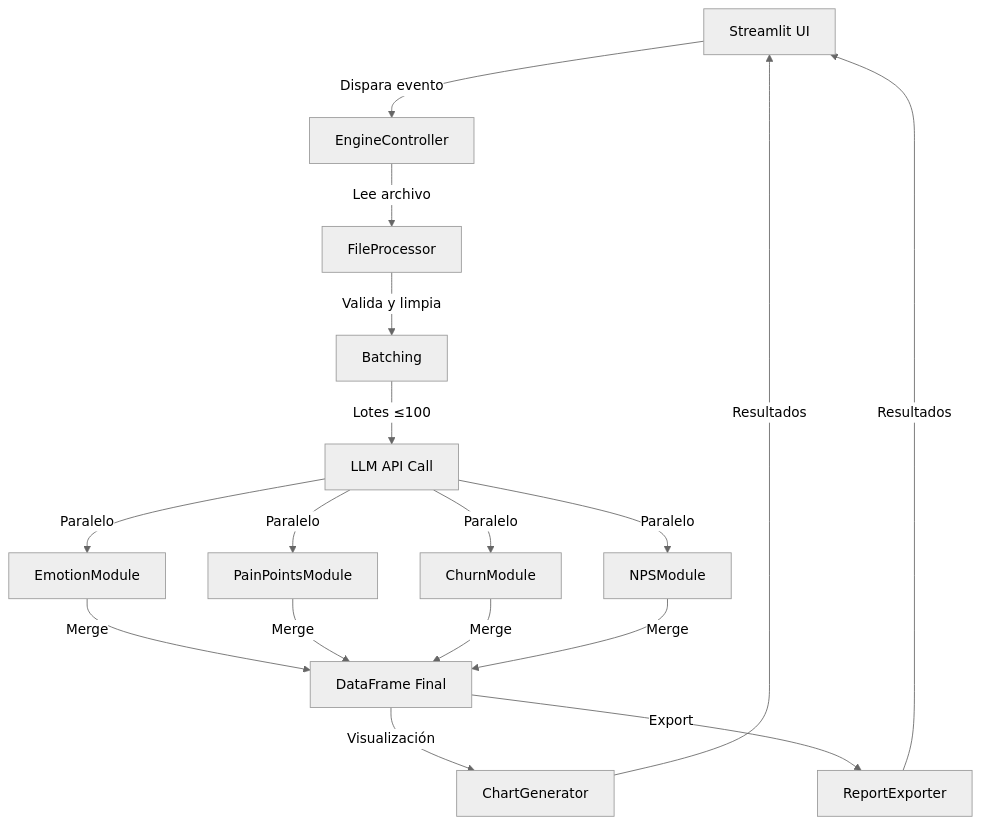
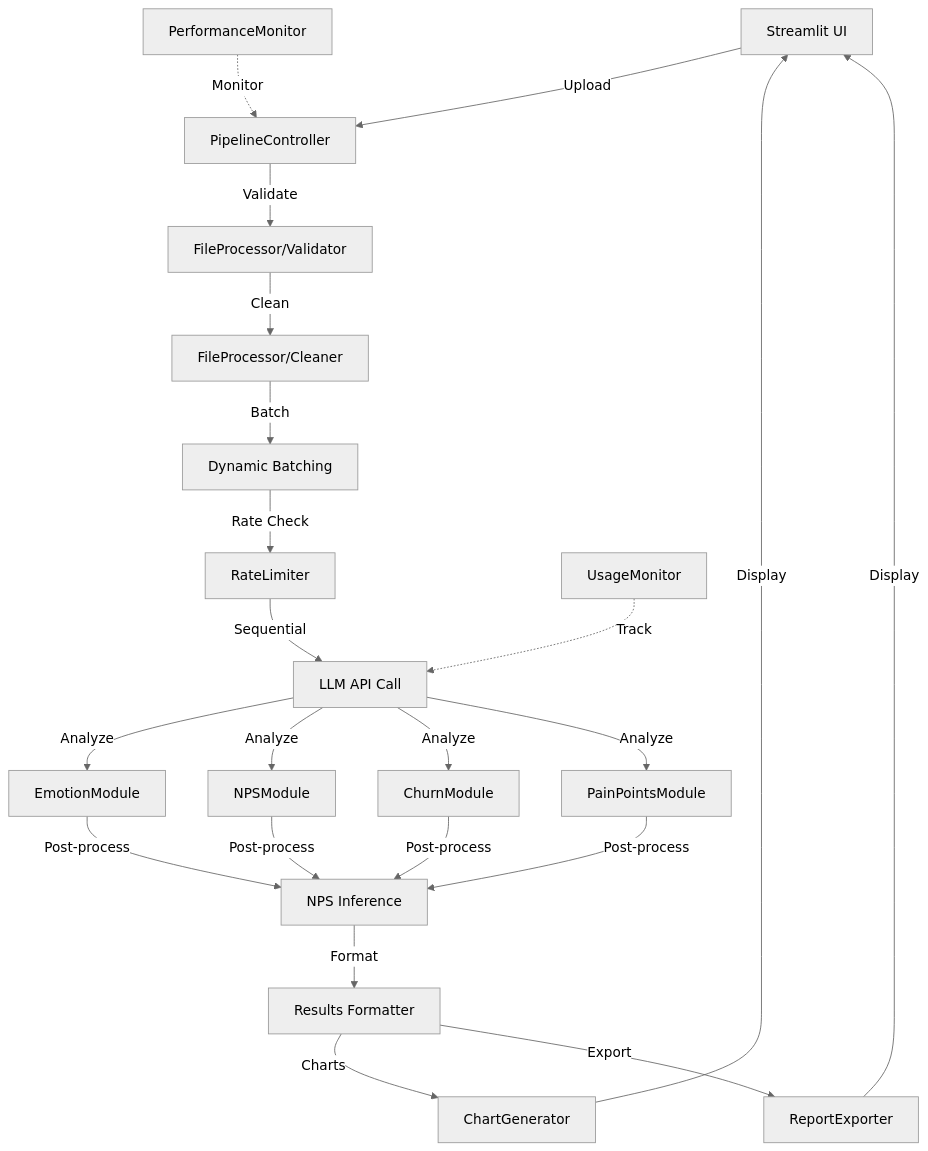
Before and after one commit to Ai-Whisperers/personal-analisis-ia: the diagram in docs/ES/01_Arquitectura.md, drawn with Mermaid (neutral theme). The commit also changed other lines of this file and 6 other files, not shown here.

First line of the commit message:
feat: Implement 3-page architecture with dedicated results page

````diff
--- a/docs/ES/01_Arquitectura.md
+++ b/docs/ES/01_Arquitectura.md
@@ -108,15 +150,21 @@
 ```mermaid
 flowchart TD
-    A[Streamlit UI] -->|Dispara evento| B[EngineController]
-    B -->|Lee archivo| C[FileProcessor]
-    C -->|Valida y limpia| D[Batching]
-    D -->|Lotes ≤100| E[LLM API Call]
-    E -->|Paralelo| F1[EmotionModule]
-    E -->|Paralelo| F2[PainPointsModule]  
-    E -->|Paralelo| F3[ChurnModule]
-    E -->|Paralelo| F4[NPSModule]
-    F1 & F2 & F3 & F4 -->|Merge| G[DataFrame Final]
-    G -->|Visualización| H[ChartGenerator]
-    G -->|Export| I[ReportExporter]
-    H & I -->|Resultados| A
+    A[Streamlit UI] -->|Upload| B[PipelineController]
+    B -->|Validate| C[FileProcessor/Validator]
+    C -->|Clean| D[FileProcessor/Cleaner]
+    D -->|Batch| E[Dynamic Batching]
+    E -->|Rate Check| F[RateLimiter]
+    F -->|Sequential| G[LLM API Call]
+    G -->|Analyze| H1[EmotionModule]
+    G -->|Analyze| H2[NPSModule]
+    G -->|Analyze| H3[ChurnModule]
+    G -->|Analyze| H4[PainPointsModule]
+    H1 & H2 & H3 & H4 -->|Post-process| I[NPS Inference]
+    I -->|Format| J[Results Formatter]
+    J -->|Charts| K[ChartGenerator]
+    J -->|Export| L[ReportExporter]
+    K & L -->|Display| A
+
+    M[UsageMonitor] -.->|Track| G
+    N[PerformanceMonitor] -.->|Monitor| B
 ```
````
